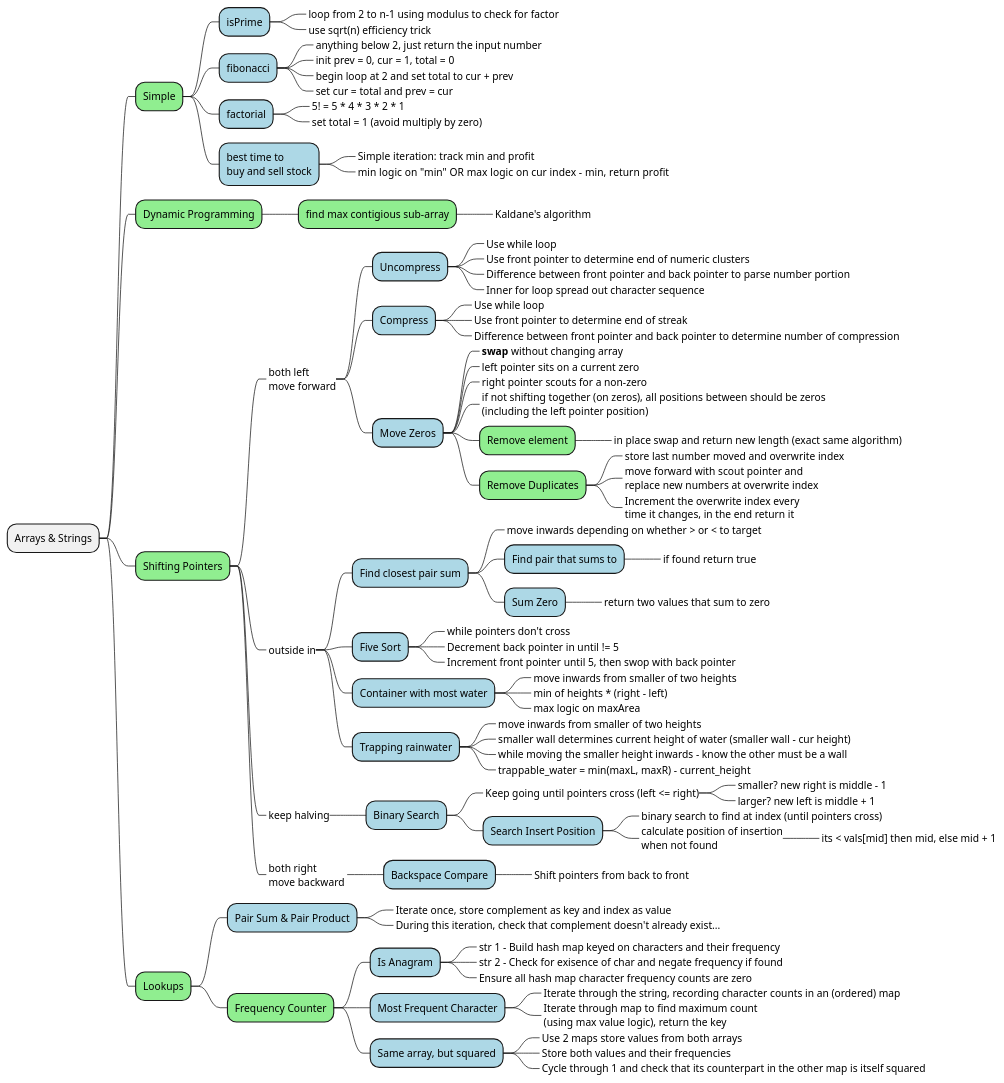
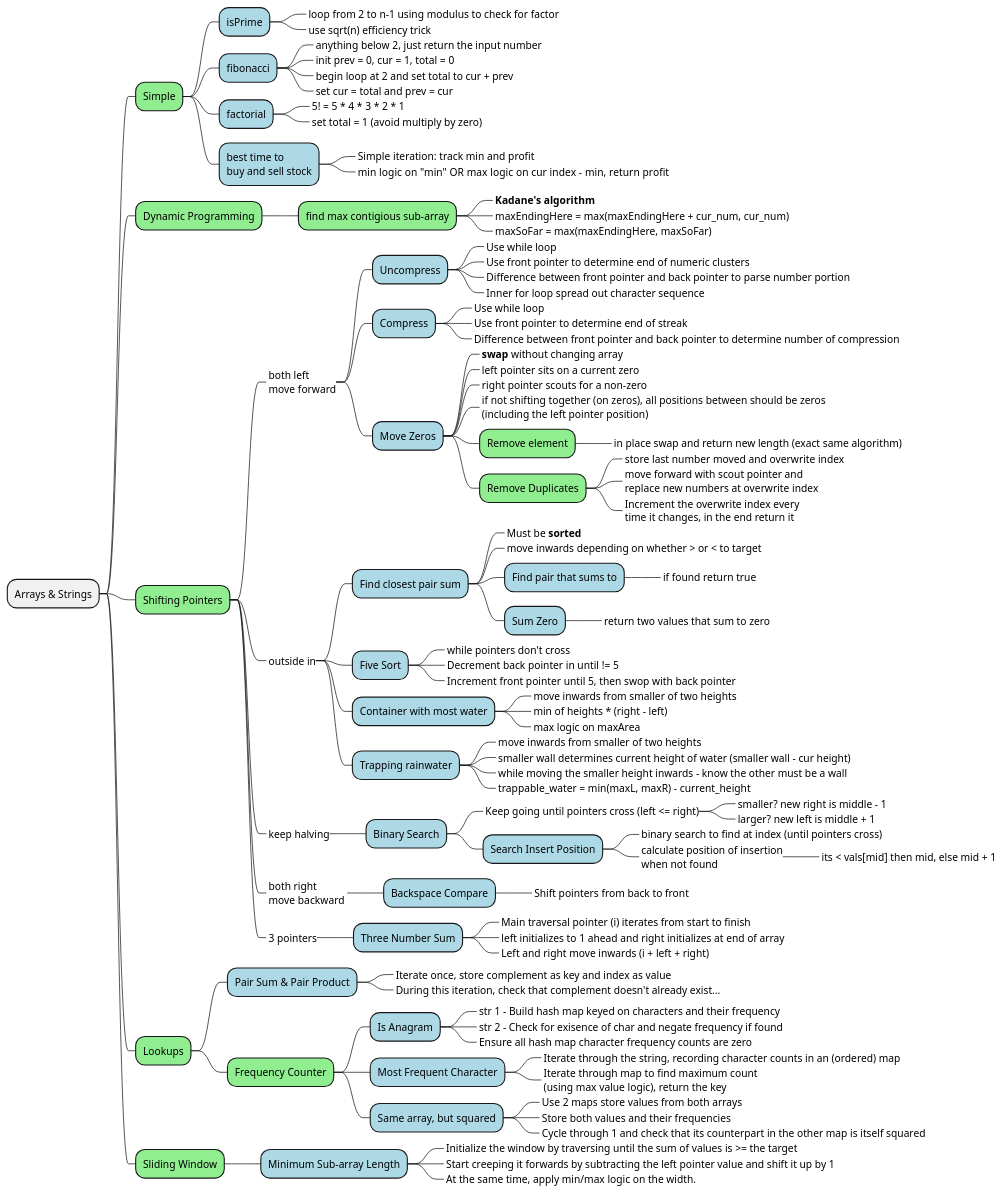
One commit to bobbyache/study-diagrams changed the diagram in alvin/arrays-and-strings.plantuml. Above: the diagram before and after it, drawn with PlantUML.

Commit message:
Added Kadanes algorithm

```diff
--- a/alvin/arrays-and-strings.plantuml
+++ b/alvin/arrays-and-strings.plantuml
@@ -1,103 +1,117 @@
 @startmindmap "Arrays and Strings"
 
 + Arrays & Strings
 ++[#lightgreen] Simple
 +++[#lightblue] isPrime
 ++++_ loop from 2 to n-1 using modulus to check for factor
 ++++_ use sqrt(n) efficiency trick
 +++[#lightblue] fibonacci
 ++++_ anything below 2, just return the input number
 ++++_ init prev = 0, cur = 1, total = 0
 ++++_ begin loop at 2 and set total to cur + prev
 ++++_ set cur = total and prev = cur
 +++[#lightblue] factorial
 ++++_ 5! = 5 * 4 * 3 * 2 * 1
 ++++_ set total = 1 (avoid multiply by zero)
 +++[#lightblue] best time to\nbuy and sell stock
 ++++_ Simple iteration: track min and profit
 ++++_ min logic on "min" OR  max logic on cur index - min, return profit
 
 ++[#lightgreen] Dynamic Programming
 +++[#lightgreen] find max contigious sub-array
-++++_ Kaldane's algorithm
+++++_ **Kadane's algorithm**
+++++_ maxEndingHere = max(maxEndingHere + cur_num, cur_num)
+++++_ maxSoFar = max(maxEndingHere, maxSoFar)
 
 ++[#lightgreen] Shifting Pointers
 +++_ both left\nmove forward
 ++++[#lightblue] Uncompress
 +++++_ Use while loop
 +++++_ Use front pointer to determine end of numeric clusters
 +++++_ Difference between front pointer and back pointer to parse number portion
 +++++_ Inner for loop spread out character sequence
 ++++[#lightblue] Compress
 +++++_ Use while loop
 +++++_ Use front pointer to determine end of streak
 +++++_ Difference between front pointer and back pointer to determine number of compression
 ++++[#lightblue] Move Zeros
 +++++_ **swap** without changing array
 +++++_ left pointer sits on a current zero
 +++++_ right pointer scouts for a non-zero
 +++++_ if not shifting together (on zeros), all positions between should be zeros\n(including the left pointer position)
 +++++[#lightgreen] Remove element
 ++++++_ in place swap and return new length (exact same algorithm)
 +++++[#lightgreen] Remove Duplicates
 ++++++_ store last number moved and overwrite index
 ++++++_ move forward with scout pointer and\nreplace new numbers at overwrite index
 ++++++_ Increment the overwrite index every\ntime it changes, in the end return it
 
 +++_ outside in
 ++++[#lightblue] Find closest pair sum
++++++_ Must be **sorted**
 +++++_ move inwards depending on whether > or < to target
 +++++[#lightblue] Find pair that sums to
 ++++++_ if found return true
 +++++[#lightblue] Sum Zero
 ++++++_ return two values that sum to zero
 ++++[#lightblue] Five Sort
 +++++_ while pointers don't cross
 +++++_ Decrement back pointer in until != 5
 +++++_ Increment front pointer until 5, then swop with back pointer
 ++++[#lightblue] Container with most water
 +++++_ move inwards from smaller of two heights
 +++++_ min of heights * (right - left)
 +++++_ max logic on maxArea
 
 ' Busy editing this in place...
 
 ++++[#lightblue] Trapping rainwater
 +++++_ move inwards from smaller of two heights
 +++++_ smaller wall determines current height of water (smaller wall - cur height)
 +++++_ while moving the smaller height inwards - know the other must be a wall
 +++++_ trappable_water = min(maxL, maxR) - current_height
 
 +++_ keep halving
 ++++[#lightblue] Binary Search
 +++++_ Keep going until pointers cross (left <= right)
 ++++++_ smaller? new right is middle - 1
 ++++++_ larger? new left is middle + 1
 +++++[#lightblue] Search Insert Position
 ++++++_ binary search to find at index (until pointers cross)
 ++++++_ calculate position of insertion\nwhen not found
 +++++++_ its < vals[mid] then mid, else mid + 1
 
 +++_ both right\nmove backward 
 ++++[#lightblue] Backspace Compare
 +++++_ Shift pointers from back to front
 
++++_ 3 pointers
+++++[#lightblue] Three Number Sum
++++++_ Main traversal pointer (i) iterates from start to finish
++++++_ left initializes to 1 ahead and right initializes at end of array
++++++_ Left and right move inwards (i + left + right)
+
 ++[#lightgreen] Lookups
 +++[#lightblue] Pair Sum & Pair Product
 ++++_ Iterate once, store complement as key and index as value
 ++++_ During this iteration, check that complement doesn't already exist...
 
 +++[#lightgreen] Frequency Counter
 ++++[#lightblue] Is Anagram
 +++++_ str 1 - Build hash map keyed on characters and their frequency
 +++++_ str 2 - Check for exisence of char and negate frequency if found
 +++++_ Ensure all hash map character frequency counts are zero
 ++++[#lightblue] Most Frequent Character
 +++++_ Iterate through the string, recording character counts in an (ordered) map
 +++++_ Iterate through map to find maximum count\n(using max value logic), return the key
 ++++[#lightblue] Same array, but squared
 +++++_ Use 2 maps store values from both arrays
 +++++_ Store both values and their frequencies
 +++++_ Cycle through 1 and check that its counterpart in the other map is itself squared
 
+++[#lightgreen] Sliding Window
++++[#lightblue] Minimum Sub-array Length
+++++_ Initialize the window by traversing until the sum of values is >= the target
+++++_ Start creeping it forwards by subtracting the left pointer value and shift it up by 1
+++++_ At the same time, apply min/max logic on the width.
 @endmindmap
```
